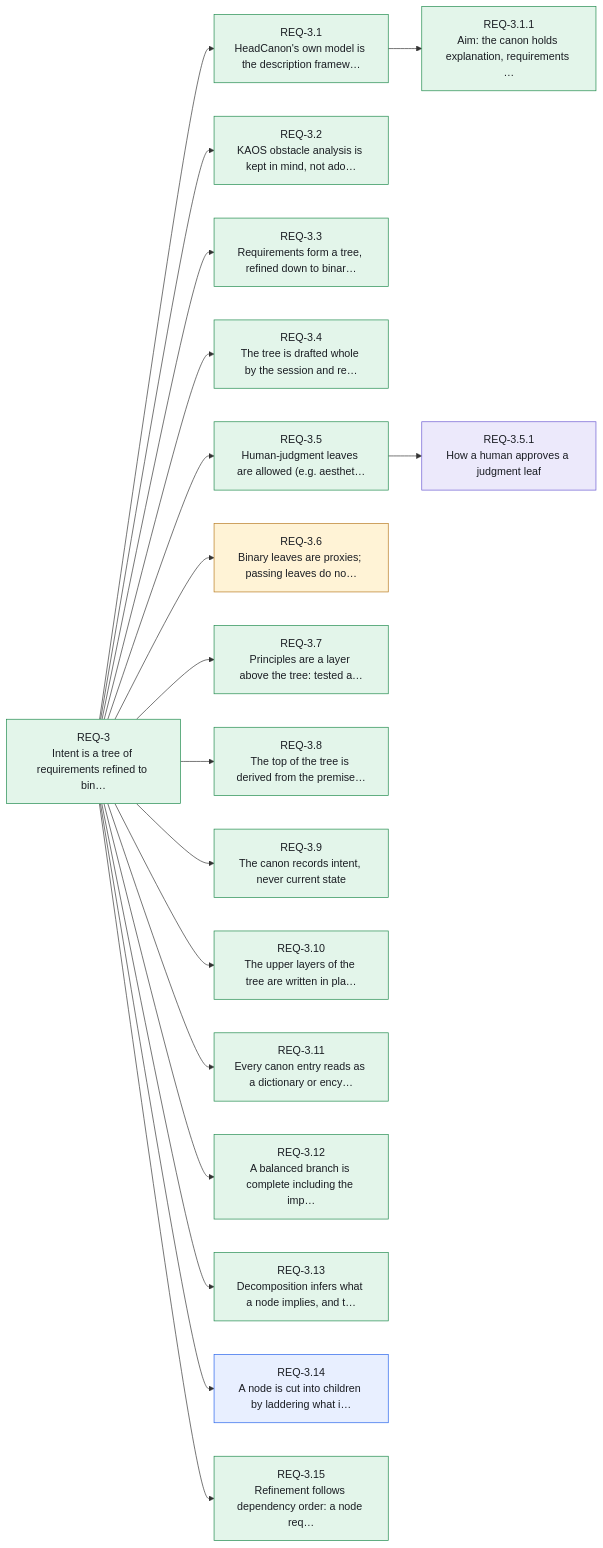
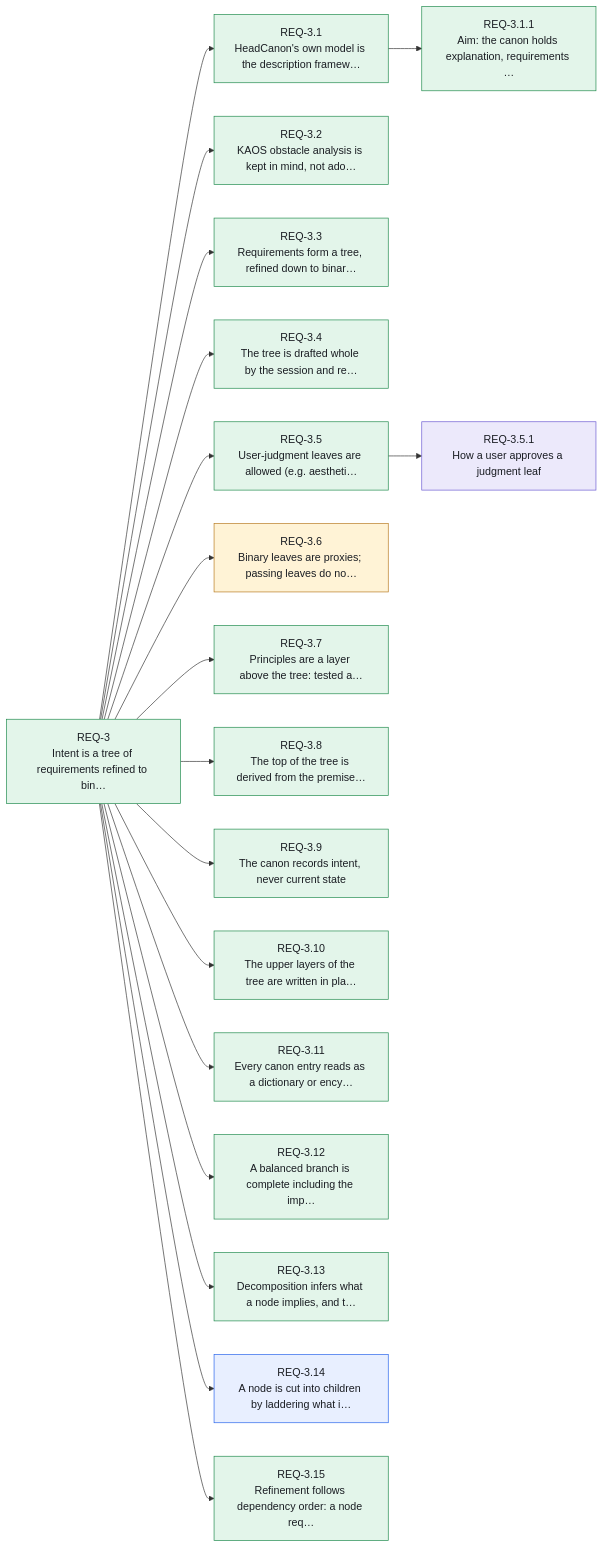
The fourth of 14 diagrams in canon/INDEX.md (Althis/headcanon), drawn with Mermaid before and after one commit. The commit also changed other lines of this file and 157 other files, not shown here.

````diff
--- a/canon/INDEX.md
+++ b/canon/INDEX.md
@@ -273,43 +273,43 @@
 ```mermaid
 flowchart LR
     REQ_3["REQ-3<br/>Intent is a tree of requirements refined to bin…"]:::stated
     REQ_3_1["REQ-3.1<br/>HeadCanon's own model is the description framew…"]:::stated
     REQ_3_1_1["REQ-3.1.1<br/>Aim: the canon holds explanation, requirements …"]:::stated
     REQ_3_2["REQ-3.2<br/>KAOS obstacle analysis is kept in mind, not ado…"]:::stated
     REQ_3_3["REQ-3.3<br/>Requirements form a tree, refined down to binar…"]:::stated
     REQ_3_4["REQ-3.4<br/>The tree is drafted whole by the session and re…"]:::stated
-    REQ_3_5["REQ-3.5<br/>Human-judgment leaves are allowed (e.g. aesthet…"]:::stated
-    REQ_3_5_1["REQ-3.5.1<br/>How a human approves a judgment leaf"]:::draft
+    REQ_3_5["REQ-3.5<br/>User-judgment leaves are allowed (e.g. aestheti…"]:::stated
+    REQ_3_5_1["REQ-3.5.1<br/>How a user approves a judgment leaf"]:::draft
     REQ_3_6["REQ-3.6<br/>Binary leaves are proxies; passing leaves do no…"]:::assumed
     REQ_3_7["REQ-3.7<br/>Principles are a layer above the tree: tested a…"]:::stated
     REQ_3_8["REQ-3.8<br/>The top of the tree is derived from the premise…"]:::stated
     REQ_3_9["REQ-3.9<br/>The canon records intent, never current state"]:::stated
     REQ_3_10["REQ-3.10<br/>The upper layers of the tree are written in pla…"]:::stated
     REQ_3_11["REQ-3.11<br/>Every canon entry reads as a dictionary or ency…"]:::stated
     REQ_3_12["REQ-3.12<br/>A balanced branch is complete including the imp…"]:::stated
     REQ_3_13["REQ-3.13<br/>Decomposition infers what a node implies, and t…"]:::stated
     REQ_3_14["REQ-3.14<br/>A node is cut into children by laddering what i…"]:::resolved
     REQ_3_15["REQ-3.15<br/>Refinement follows dependency order: a node req…"]:::stated
     REQ_3 --> REQ_3_1
     REQ_3_1 --> REQ_3_1_1
     REQ_3 --> REQ_3_2
     REQ_3 --> REQ_3_3
     REQ_3 --> REQ_3_4
     REQ_3 --> REQ_3_5
     REQ_3_5 --> REQ_3_5_1
     REQ_3 --> REQ_3_6
     REQ_3 --> REQ_3_7
     REQ_3 --> REQ_3_8
     REQ_3 --> REQ_3_9
     REQ_3 --> REQ_3_10
     REQ_3 --> REQ_3_11
     REQ_3 --> REQ_3_12
     REQ_3 --> REQ_3_13
     REQ_3 --> REQ_3_14
     REQ_3 --> REQ_3_15
     classDef stated fill:#e3f5ea,stroke:#1f8a4c,color:#1a1d23
     classDef resolved fill:#e8efff,stroke:#2563eb,color:#1a1d23
     classDef assumed fill:#fff3d6,stroke:#b7791f,color:#1a1d23
     classDef draft fill:#ece9fb,stroke:#6b5bd2,color:#1a1d23
     classDef contested fill:#fde7e8,stroke:#d13438,color:#1a1d23
 ```
````
